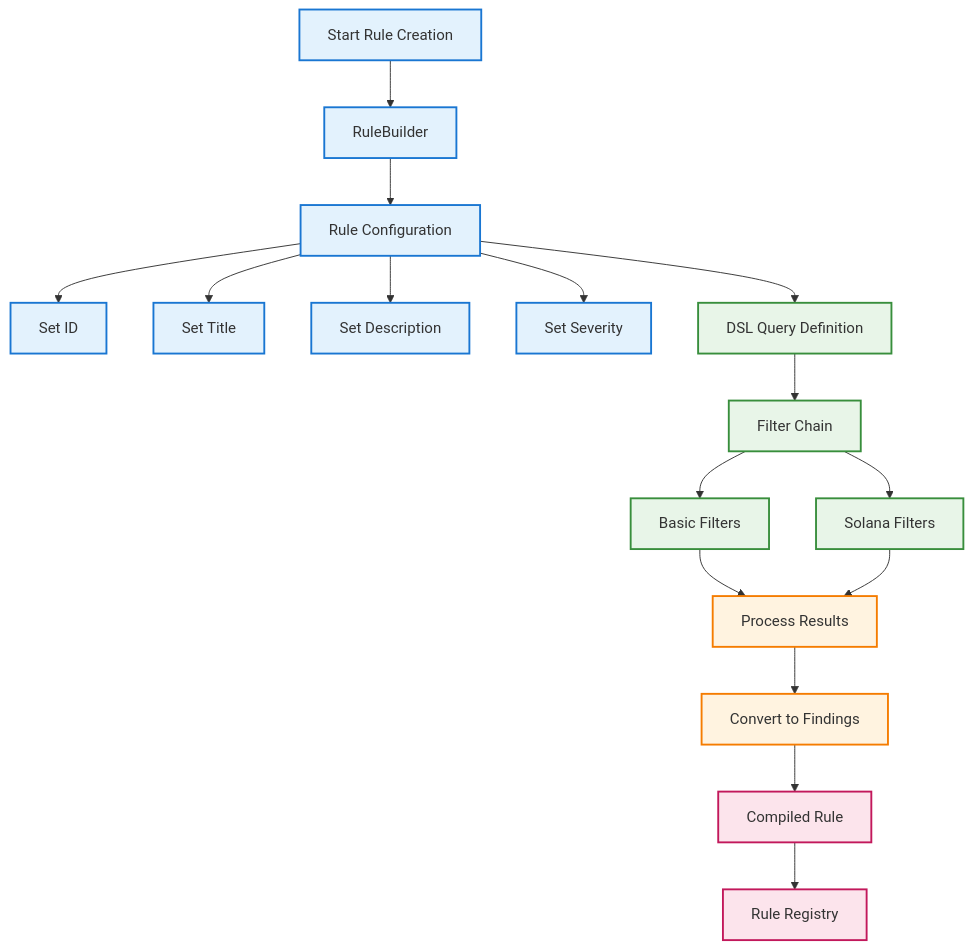
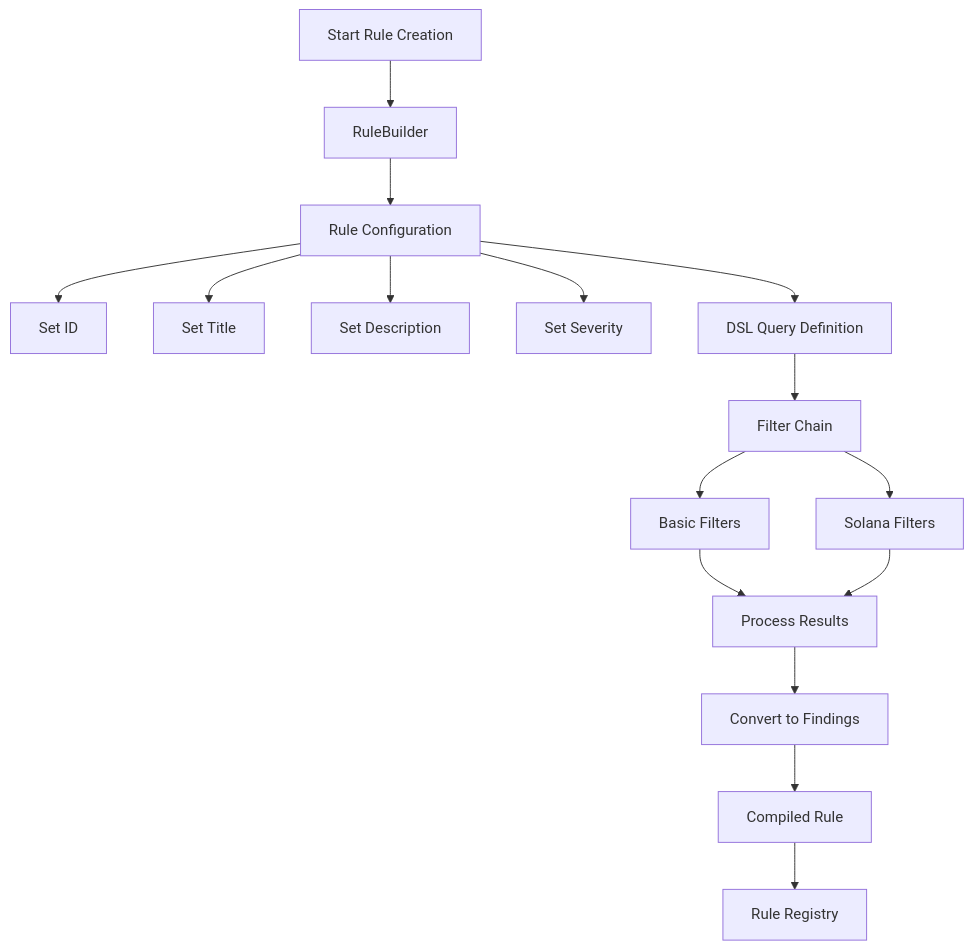
One commit to Naro-chain/Solana_Static_Analyzer changed the fourth of 6 diagrams in ARCHITECTURE.md. Above: the diagram before and after it, drawn with Mermaid. The commit also changed other lines of this file, not shown here.

Commit message:
docs: modify architecture documentation

````diff
--- a/ARCHITECTURE.md
+++ b/ARCHITECTURE.md
@@ -146,40 +120,29 @@
 ```mermaid
 flowchart TD
     %% Rule Definition
     START[Start Rule Creation] --> BUILDER[RuleBuilder]
     
     %% Configuration
     BUILDER --> CONFIG[Rule Configuration]
     CONFIG --> ID[Set ID]
     CONFIG --> TITLE[Set Title]
     CONFIG --> DESC[Set Description]
     CONFIG --> SEV[Set Severity]
     
     %% DSL Query
     CONFIG --> DSL[DSL Query Definition]
     DSL --> CHAIN[Filter Chain]
     
     %% Filter Types
     CHAIN --> BASIC_F[Basic Filters]
     CHAIN --> SOLANA_F[Solana Filters]
     
     %% Processing
     BASIC_F --> PROCESS[Process Results]
     SOLANA_F --> PROCESS
     PROCESS --> CONVERT[Convert to Findings]
     
     %% Output
     CONVERT --> RULE[Compiled Rule]
     RULE --> REGISTRY[Rule Registry]
-    
-    %% Styling
-    classDef config fill:#e3f2fd,stroke:#1976d2,stroke-width:2px
-    classDef dsl fill:#e8f5e8,stroke:#388e3c,stroke-width:2px
-    classDef process fill:#fff3e0,stroke:#f57c00,stroke-width:2px
-    classDef output fill:#fce4ec,stroke:#c2185b,stroke-width:2px
-    
-    class START,BUILDER,CONFIG,ID,TITLE,DESC,SEV config
-    class DSL,CHAIN,BASIC_F,SOLANA_F dsl
-    class PROCESS,CONVERT process
-    class RULE,REGISTRY output
 ```
````
